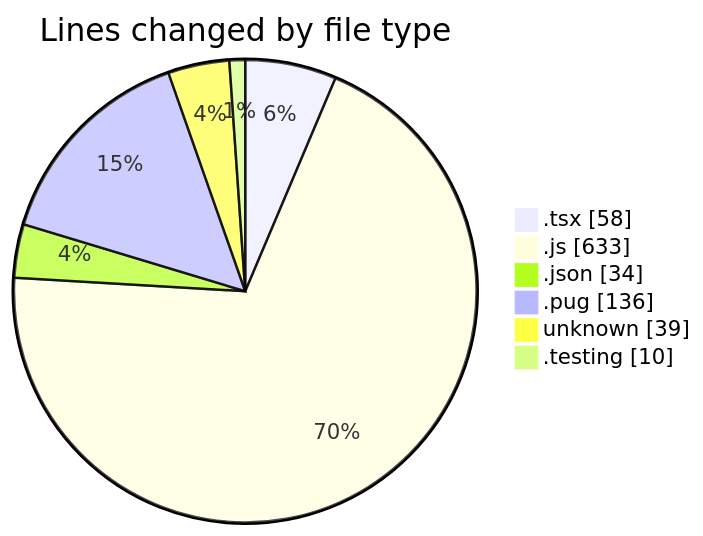
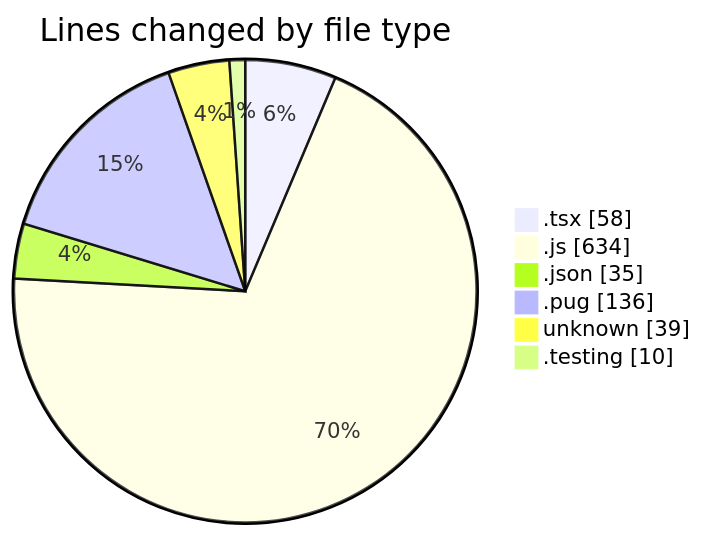
Before and after one commit to momahboobian/code-tracking: the first of 2 diagrams in 2025-03-07/cda/README.md, drawn with Mermaid. The commit also changed other lines of this file and 1 other file, not shown here.

````diff
--- a/2025-03-07/cda/README.md
+++ b/2025-03-07/cda/README.md
@@ -27,10 +27,10 @@
 ```mermaid
 pie showData
 title Lines changed by file type
 ".tsx" : 58
-".js" : 633
-".json" : 34
+".js" : 634
+".json" : 35
 ".pug" : 136
 "unknown" : 39
 ".testing" : 10
 ```
````
